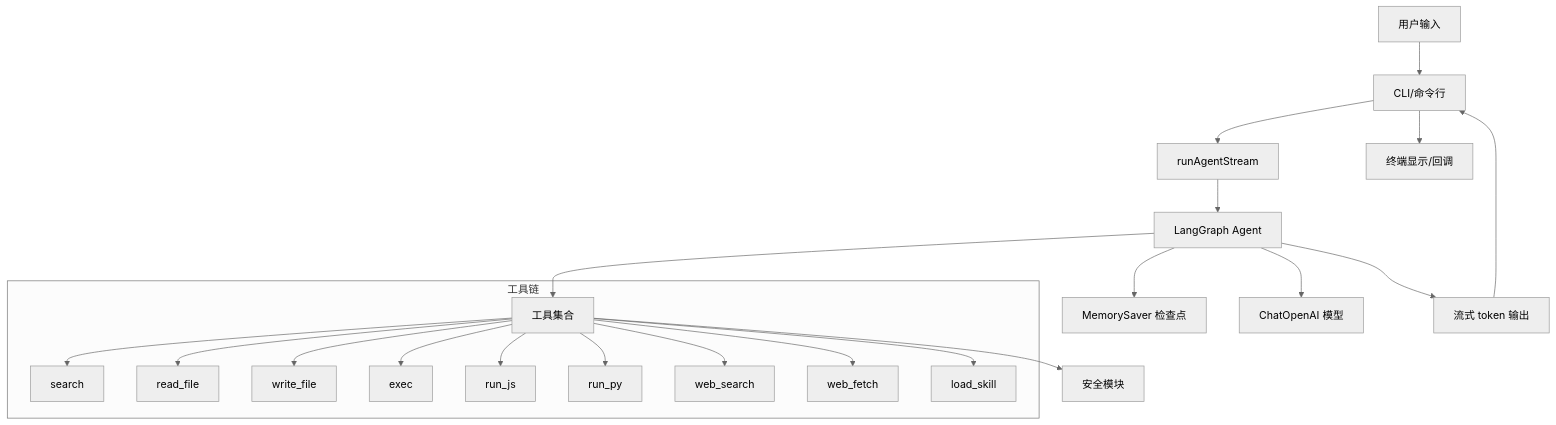
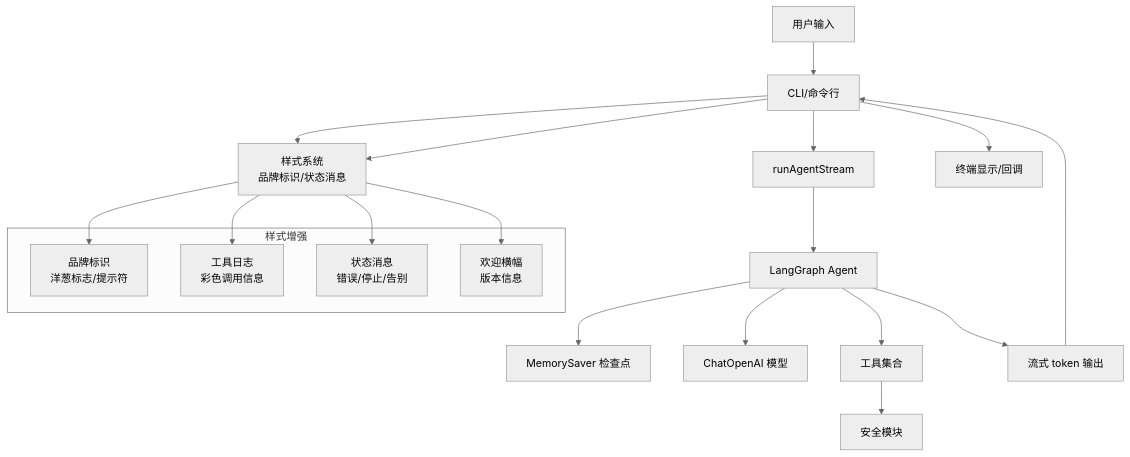
Before and after one commit to HAOFUYANG/onion-code: the second of 8 diagrams in .qoder/repowiki/zh/content/核心代理系统/核心代理系统.md, drawn with Mermaid (neutral theme). The commit also changed other lines of this file and 5 other files, not shown here.

````diff
--- a/.qoder/repowiki/zh/content/核心代理系统/核心代理系统.md
+++ b/.qoder/repowiki/zh/content/核心代理系统/核心代理系统.md
@@ -137,24 +153,25 @@
 ```mermaid
 graph TB
 U["用户输入"] --> CLI["CLI/命令行"]
+CLI --> ST["样式系统<br/>品牌标识/状态消息"]
 CLI --> RUN["runAgentStream"]
 RUN --> AG["LangGraph Agent"]
 AG --> MS["MemorySaver 检查点"]
 AG --> M["ChatOpenAI 模型"]
 AG --> T["工具集合"]
 T --> SEC["安全模块"]
 AG --> OUT["流式 token 输出"]
 OUT --> CLI
 CLI --> USR["终端显示/回调"]
-subgraph "工具链"
-T --> S["search"]
-T --> RF["read_file"]
-T --> WF["write_file"]
-T --> EX["exec"]
-T --> RJ["run_js"]
-T --> RP["run_py"]
-T --> WS["web_search"]
-T --> WFE["web_fetch"]
-T --> LS["load_skill"]
+subgraph "样式增强"
+BRAND["品牌标识<br/>洋葱标志/提示符"]
+TOOLLOG["工具日志<br/>彩色调用信息"]
+STATUS["状态消息<br/>错误/停止/告别"]
+BANNER["欢迎横幅<br/>版本信息"]
 end
+ST --> BRAND
+ST --> TOOLLOG
+ST --> STATUS
+ST --> BANNER
+CLI --> ST
 ```
````
